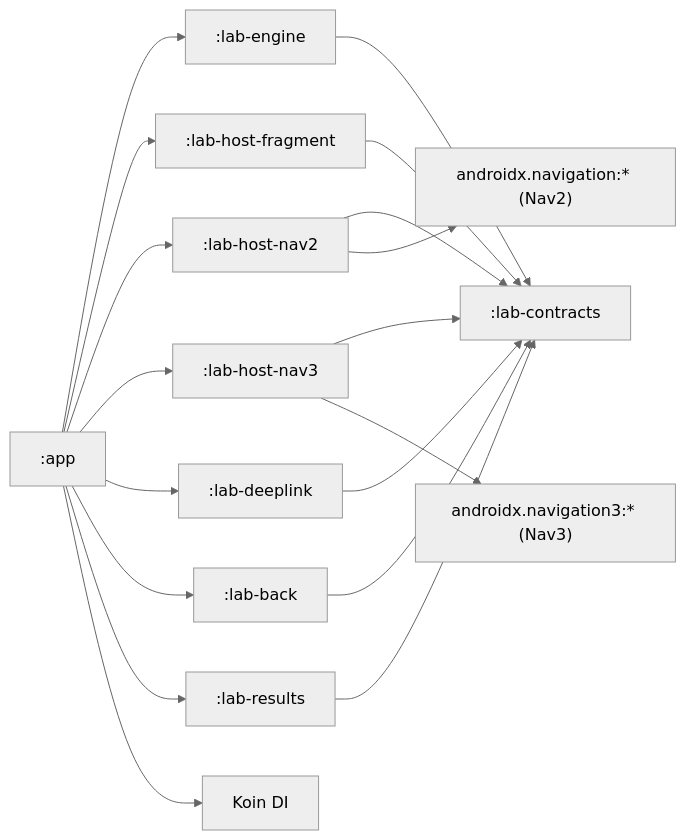
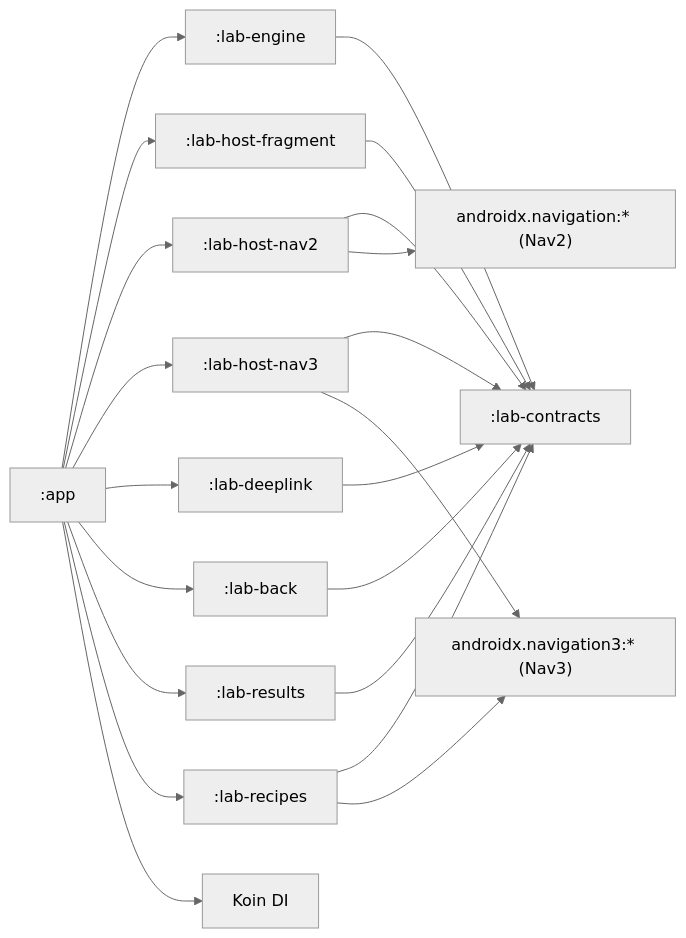
The diagram in README.md (po4yka/nav2-nav3-migration), drawn with Mermaid (neutral theme) before and after one commit. The commit also changed other lines of this file and 2 other files, not shown here.

First line of the commit message:
docs: update README and architecture doc for lab-recipes, NavLogger, and milestones

````diff
--- a/README.md
+++ b/README.md
@@ -93,20 +118,23 @@
 ```mermaid
 flowchart LR
   App[":app"] --> Engine[":lab-engine"]
   App --> HostFrag[":lab-host-fragment"]
   App --> HostNav2[":lab-host-nav2"]
   App --> HostNav3[":lab-host-nav3"]
   App --> Deeplink[":lab-deeplink"]
   App --> Back[":lab-back"]
   App --> Results[":lab-results"]
+  App --> Recipes[":lab-recipes"]
   Engine --> Contracts[":lab-contracts"]
   HostFrag --> Contracts
   HostNav2 --> Contracts
   HostNav3 --> Contracts
   Deeplink --> Contracts
   Back --> Contracts
   Results --> Contracts
+  Recipes --> Contracts
   HostNav2 --> Nav2["androidx.navigation:* (Nav2)"]
   HostNav3 --> Nav3["androidx.navigation3:* (Nav3)"]
+  Recipes --> Nav3
   App --> Koin["Koin DI"]
 ```
````
